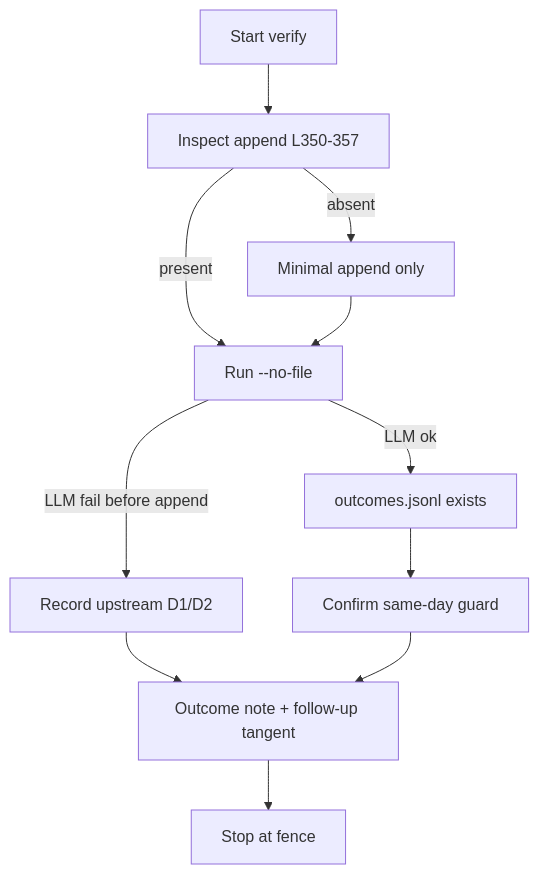
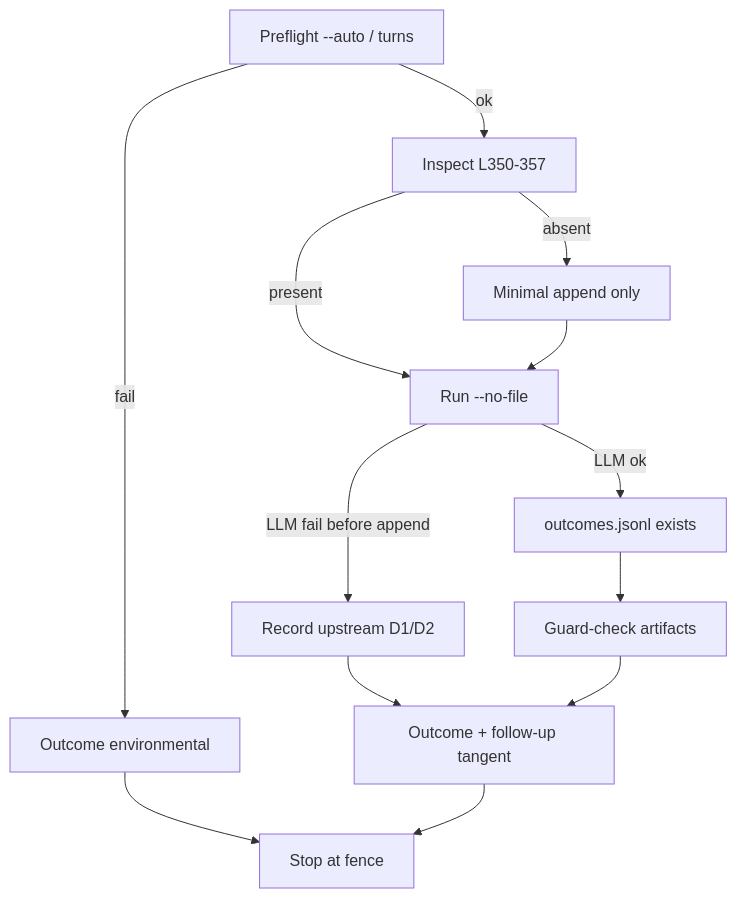
The diagram in tangents/20260905-strategic-outcomes-verify.md (lkmotto/fleet-triage), drawn with Mermaid before and after one commit. The commit also changed other lines of this file and 1 other file, not shown here.

Commit message:
coo: 20260905-strategic-outcomes-verify scoped

````diff
--- a/tangents/20260905-strategic-outcomes-verify.md
+++ b/tangents/20260905-strategic-outcomes-verify.md
@@ -87,13 +93,15 @@
 ```mermaid
 flowchart TD
-  start[Start verify] --> code[Inspect append L350-357]
+  pre[Preflight --auto / turns] -->|fail| env[Outcome environmental]
+  pre -->|ok| code[Inspect L350-357]
   code -->|present| run["Run --no-file"]
   code -->|absent| patch[Minimal append only]
   patch --> run
   run -->|LLM ok| file[outcomes.jsonl exists]
   run -->|LLM fail before append| up[Record upstream D1/D2]
-  file --> guard[Confirm same-day guard]
-  up --> out[Outcome note + follow-up tangent]
+  file --> guard[Guard-check artifacts]
+  up --> out[Outcome + follow-up tangent]
   guard --> out
-  out --> stop[Stop at fence]
+  env --> stop[Stop at fence]
+  out --> stop
 ```
````
